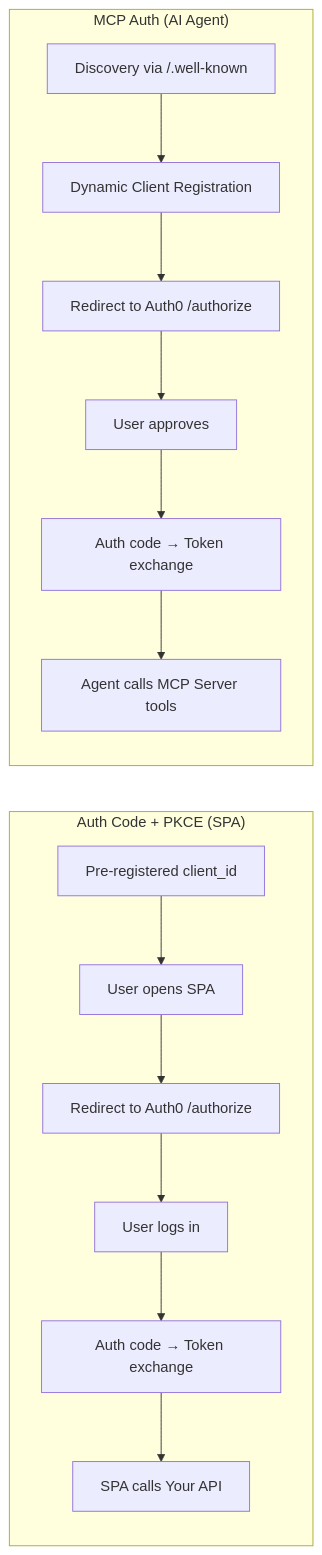
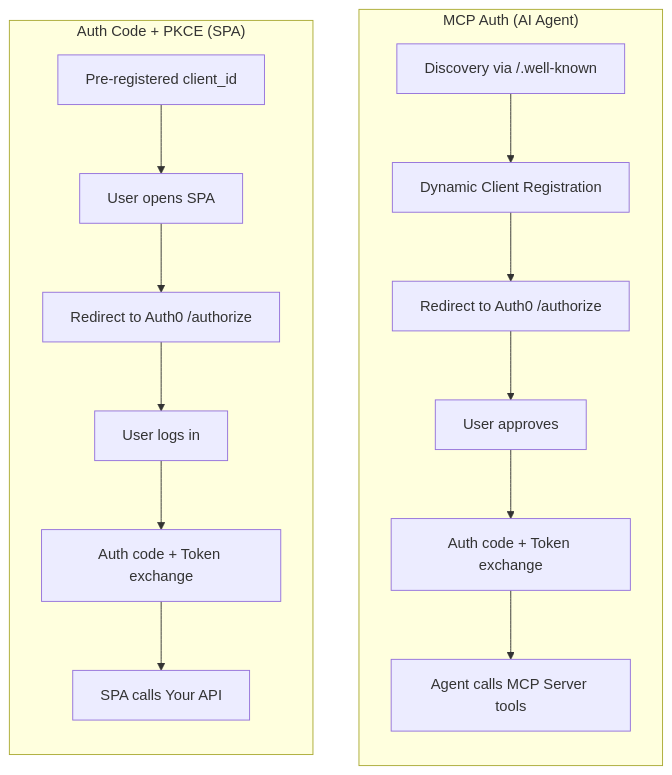
The fifth of 7 diagrams in docs/compareAuthorisationCodePKCE-vsMCP_Auth.md (Andegawen/BuildOAuth0Spa), drawn with Mermaid before and after one commit.

Commit message:
side-by-side comparison

````diff
--- a/docs/compareAuthorisationCodePKCE-vsMCP_Auth.md
+++ b/docs/compareAuthorisationCodePKCE-vsMCP_Auth.md
@@ -158,20 +158,27 @@
 ```mermaid
 flowchart LR
     subgraph PKCE["Auth Code + PKCE (SPA)"]
         direction TB
         P1[Pre-registered client_id] --> P2[User opens SPA]
         P2 --> P3[Redirect to Auth0 /authorize]
         P3 --> P4[User logs in]
-        P4 --> P5[Auth code → Token exchange]
+        P4 --> P5[Auth code + Token exchange]
         P5 --> P6[SPA calls Your API]
     end
 
     subgraph MCP["MCP Auth (AI Agent)"]
         direction TB
         M1["Discovery via /.well-known"] --> M2[Dynamic Client Registration]
         M2 --> M3[Redirect to Auth0 /authorize]
         M3 --> M4[User approves]
-        M4 --> M5[Auth code → Token exchange]
+        M4 --> M5[Auth code + Token exchange]
         M5 --> M6[Agent calls MCP Server tools]
     end
+
+    P1 ~~~ M1
+    P2 ~~~ M2
+    P3 ~~~ M3
+    P4 ~~~ M4
+    P5 ~~~ M5
+    P6 ~~~ M6
 ```
````
